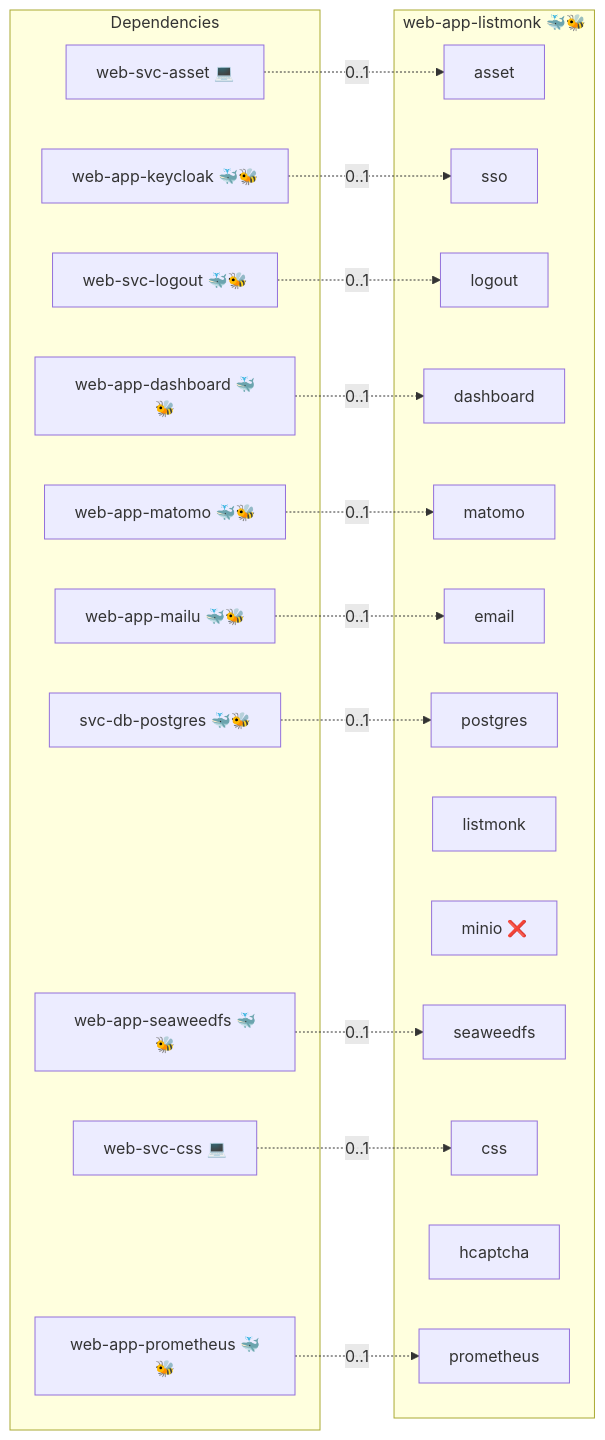
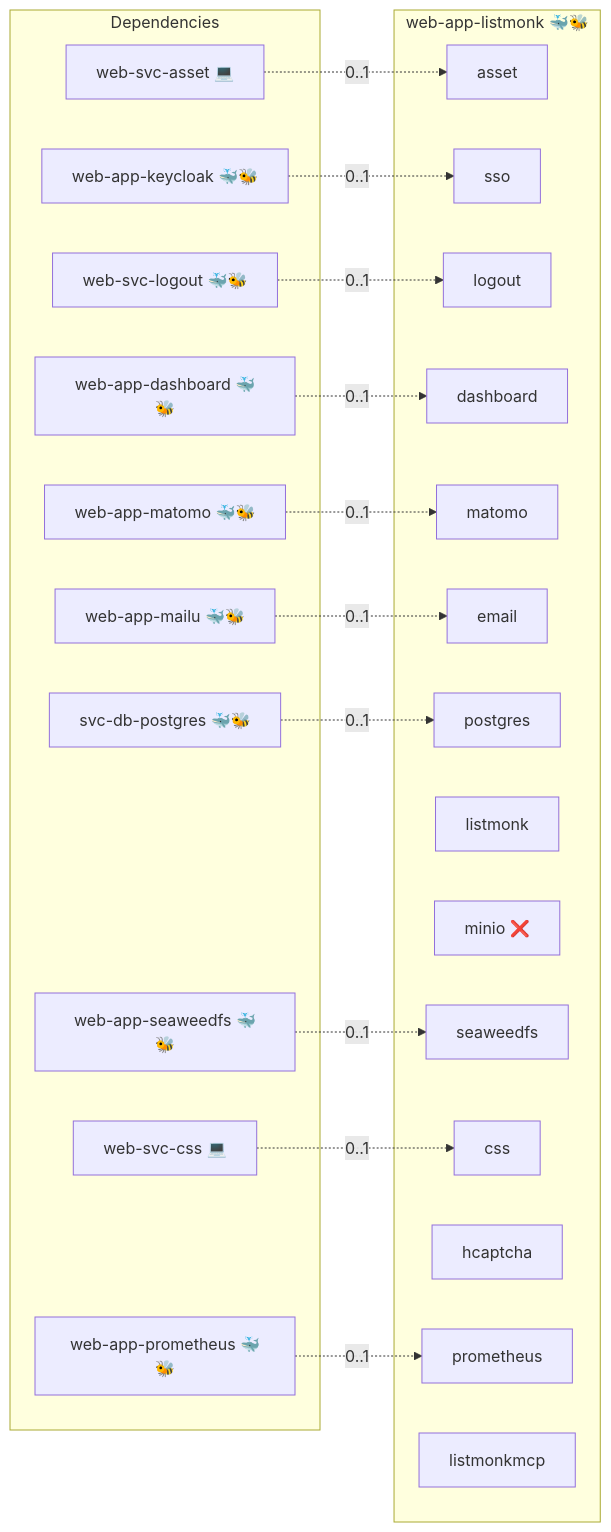
The diagram in roles/web-app-listmonk/README.md (infinito-nexus/core), drawn with Mermaid before and after one commit. The commit also changed 142 other files, not shown here.

````diff
--- a/roles/web-app-listmonk/README.md
+++ b/roles/web-app-listmonk/README.md
@@ -18,40 +18,41 @@
 ```mermaid
 flowchart LR
     subgraph deps [Dependencies]
         dep_svc_db_postgres["svc-db-postgres 🐳🐝"]
         dep_web_app_dashboard["web-app-dashboard 🐳🐝"]
         dep_web_app_keycloak["web-app-keycloak 🐳🐝"]
         dep_web_app_mailu["web-app-mailu 🐳🐝"]
         dep_web_app_matomo["web-app-matomo 🐳🐝"]
         dep_web_app_prometheus["web-app-prometheus 🐳🐝"]
         dep_web_app_seaweedfs["web-app-seaweedfs 🐳🐝"]
         dep_web_svc_asset["web-svc-asset 💻"]
         dep_web_svc_css["web-svc-css 💻"]
         dep_web_svc_logout["web-svc-logout 🐳🐝"]
     end
     subgraph role [web-app-listmonk 🐳🐝]
         svc_asset["asset"]
         svc_sso["sso"]
         svc_logout["logout"]
         svc_dashboard["dashboard"]
         svc_matomo["matomo"]
         svc_email["email"]
         svc_postgres["postgres"]
         svc_listmonk["listmonk"]
         svc_minio["minio ❌"]
         svc_seaweedfs["seaweedfs"]
         svc_css["css"]
         svc_hcaptcha["hcaptcha"]
         svc_prometheus["prometheus"]
+        svc_listmonkmcp["listmonkmcp"]
     end
     dep_svc_db_postgres -. "0..1" .-> svc_postgres
     dep_web_app_dashboard -. "0..1" .-> svc_dashboard
     dep_web_app_keycloak -. "0..1" .-> svc_sso
     dep_web_app_mailu -. "0..1" .-> svc_email
     dep_web_app_matomo -. "0..1" .-> svc_matomo
     dep_web_app_prometheus -. "0..1" .-> svc_prometheus
     dep_web_app_seaweedfs -. "0..1" .-> svc_seaweedfs
     dep_web_svc_asset -. "0..1" .-> svc_asset
     dep_web_svc_css -. "0..1" .-> svc_css
     dep_web_svc_logout -. "0..1" .-> svc_logout
 ```
````
